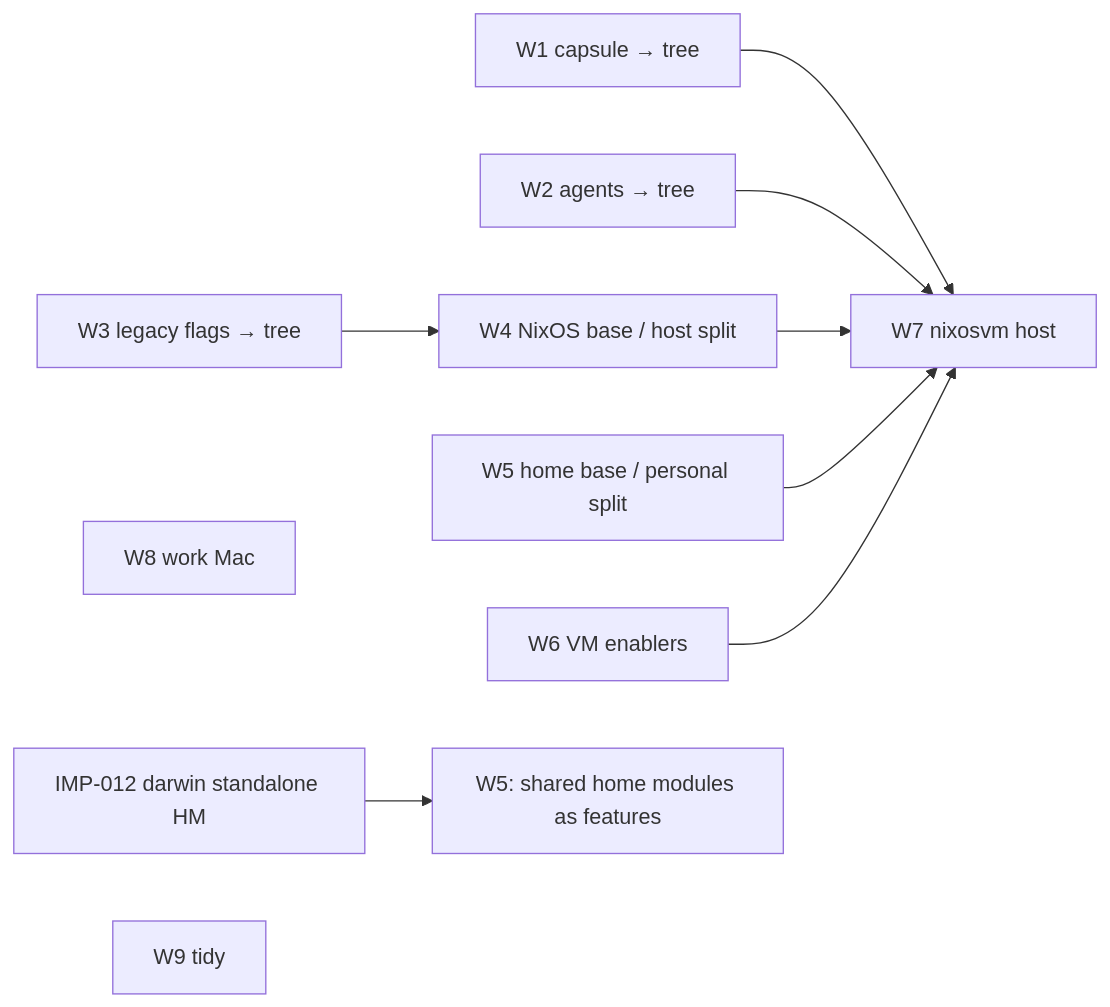
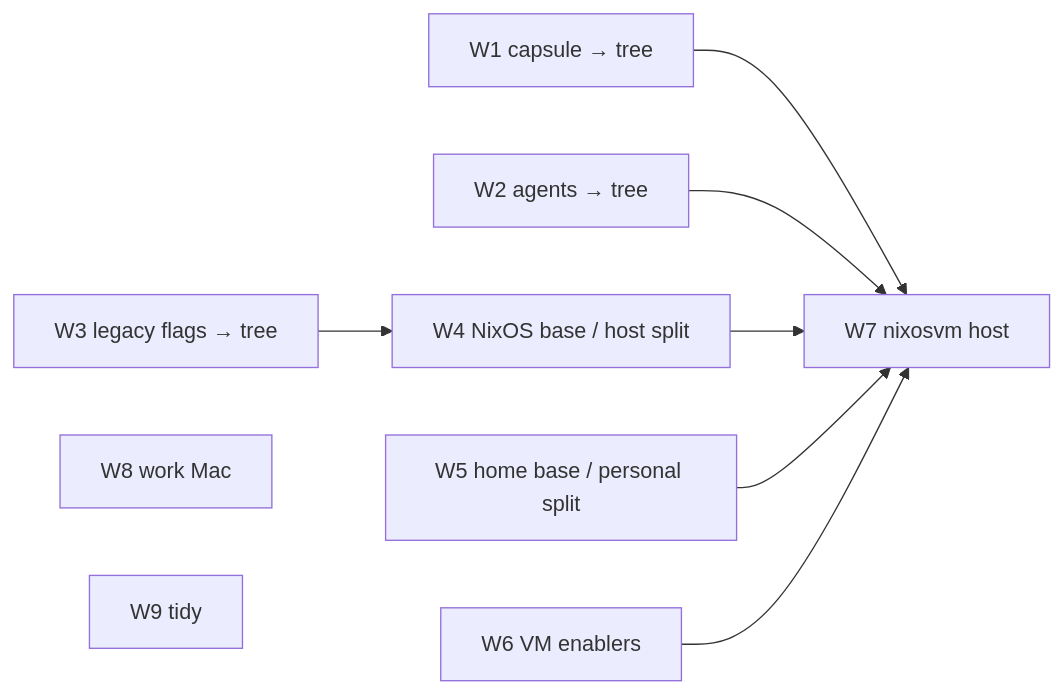
Before and after one commit to davidlee/nix-config: the diagram in flakes/.doctrine/rfc/001/rfc-001.md, drawn with Mermaid. The commit also changed other lines of this file and 14 other files, not shown here.

````diff
--- a/flakes/.doctrine/rfc/001/rfc-001.md
+++ b/flakes/.doctrine/rfc/001/rfc-001.md
@@ -131,12 +134,11 @@
 ```mermaid
 graph LR
   W1[W1 capsule → tree] --> W7
   W2[W2 agents → tree] --> W7
   W3[W3 legacy flags → tree] --> W4
   W4[W4 NixOS base / host split] --> W7
   W5[W5 home base / personal split] --> W7
   W6[W6 VM enablers] --> W7[W7 nixosvm host]
   W8[W8 work Mac]
-  IMP012[IMP-012 darwin standalone HM] --> W5shared[W5: shared home modules as features]
   W9[W9 tidy]
 ```
````
